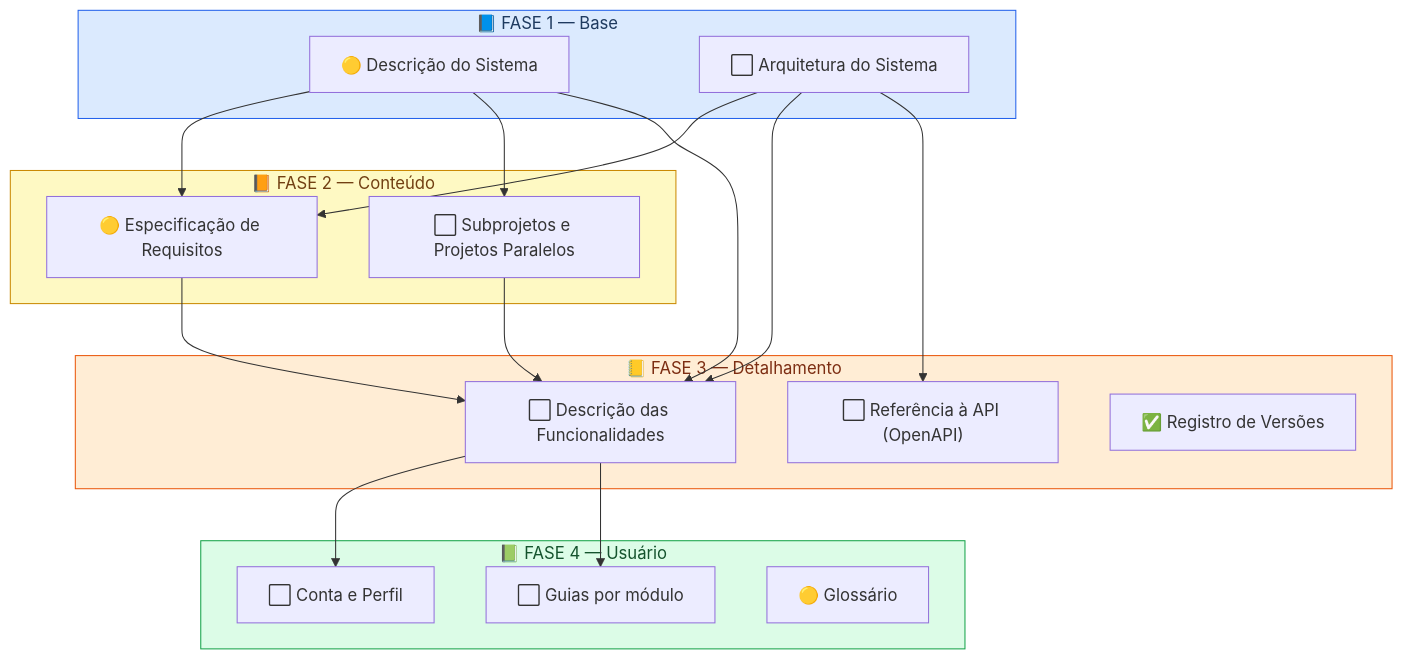
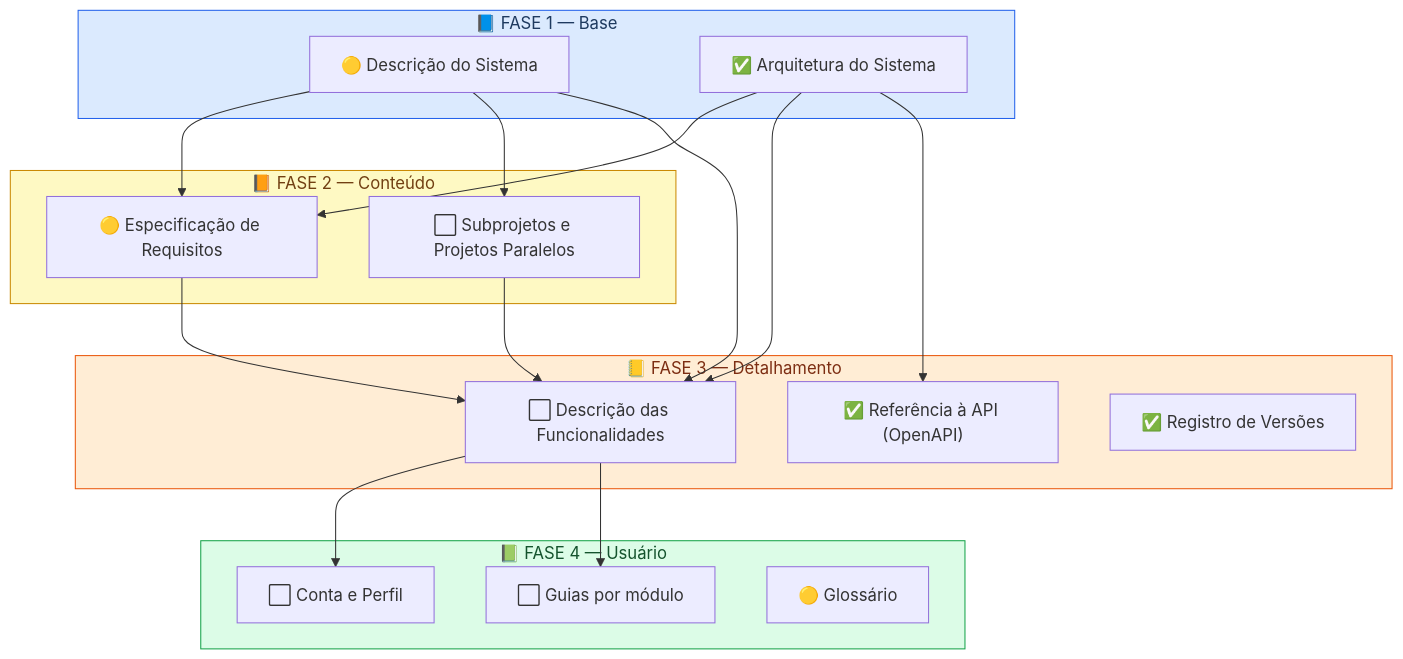
The diagram in docs/planejamento.md (IthaloCavalcante/ifvest-docs), drawn with Mermaid before and after one commit. The commit also changed other lines of this file and 65 other files, not shown here.

Commit message:
docs: atualiza arquitetura + diagramas c4 + swagger + diagramas BD

````diff
--- a/docs/planejamento.md
+++ b/docs/planejamento.md
@@ -53,40 +54,40 @@
 ```mermaid
 flowchart TD
     subgraph F1["📘 FASE 1 — Base"]
         A["🟡 Descrição do Sistema"]
-        B["⬜ Arquitetura do Sistema"]
+        B["✅ Arquitetura do Sistema"]
     end
 
     subgraph F2["📙 FASE 2 — Conteúdo"]
         C["🟡 Especificação de Requisitos"]
         D["⬜ Subprojetos e Projetos Paralelos"]
     end
 
     subgraph F3["📒 FASE 3 — Detalhamento"]
         E["⬜ Descrição das Funcionalidades"]
-        F["⬜ Referência à API (OpenAPI)"]
+        F["✅ Referência à API (OpenAPI)"]
         G["✅ Registro de Versões"]
     end
 
     subgraph F4["📗 FASE 4 — Usuário"]
         J["⬜ Conta e Perfil"]
         I["⬜ Guias por módulo"]
         L["🟡 Glossário"]
     end
 
     A --> C
     A --> D
     A --> E
     B --> C
     B --> E
     B --> F
     C --> E
     D --> E
     E --> J
     E --> I
 
     style F1 fill:#dbeafe,stroke:#2563eb,color:#1e3a5f
     style F2 fill:#fef9c3,stroke:#ca8a04,color:#713f12
     style F3 fill:#ffedd5,stroke:#ea580c,color:#7c2d12
     style F4 fill:#dcfce7,stroke:#16a34a,color:#14532d
 ```
````
